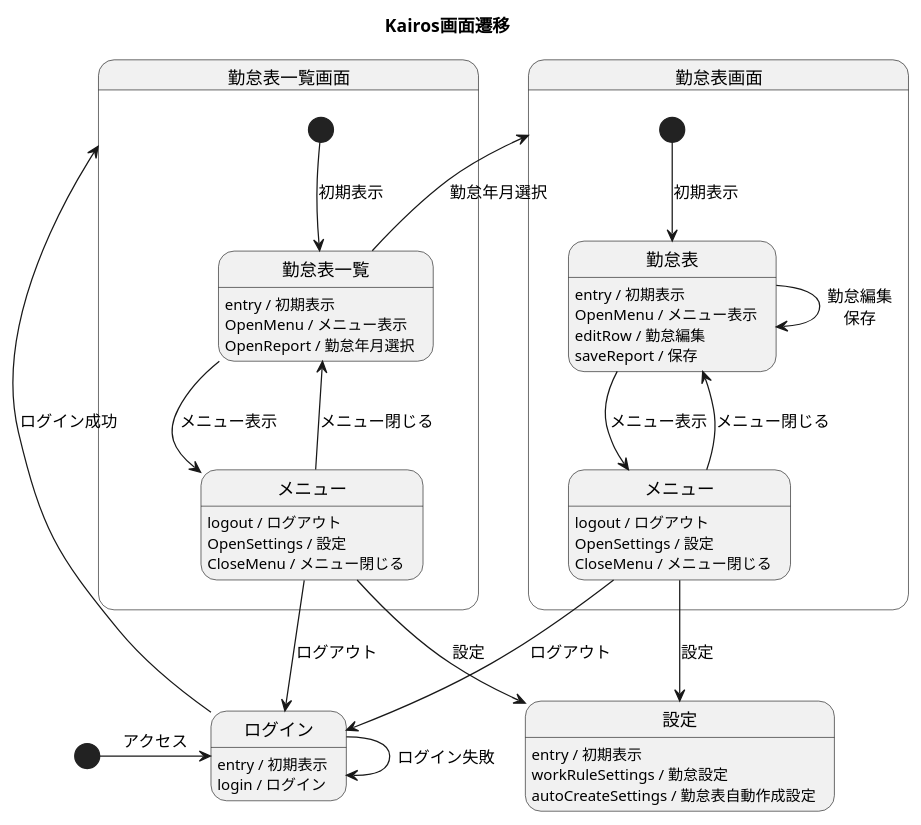
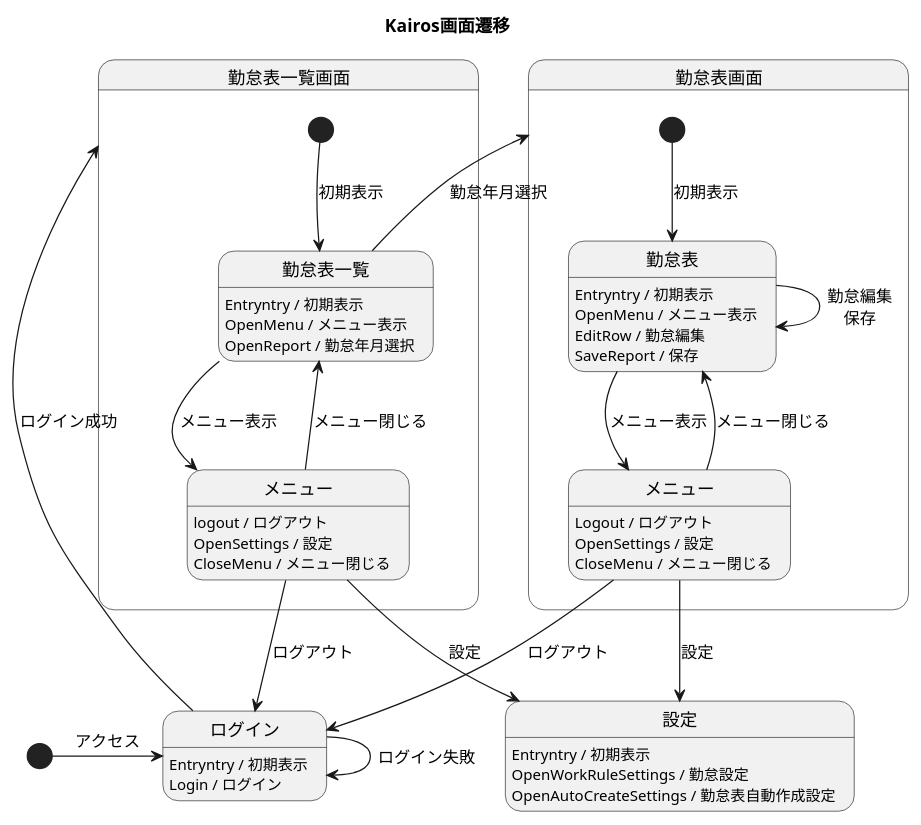
The diagram in docs/flow-diagrams/screen-flow-diagrams.puml (okanikani223/kairos), drawn with PlantUML before and after one commit.

Commit message:
docs: 各画面の操作名を修正。

```diff
--- a/docs/flow-diagrams/screen-flow-diagrams.puml
+++ b/docs/flow-diagrams/screen-flow-diagrams.puml
@@ -1,56 +1,56 @@
 @startuml Kairos画面遷移
 title Kairos画面遷移
 
 state "ログイン" as LoginView {
-    LoginView : entry / 初期表示
-    LoginView : login / ログイン
+    LoginView : Entryntry / 初期表示
+    LoginView : Login / ログイン
     LoginView -> LoginView : ログイン失敗
 }
 state "設定" as SettingsView {
-    SettingsView : entry / 初期表示
-    SettingsView : workRuleSettings / 勤怠設定
-    SettingsView : autoCreateSettings / 勤怠表自動作成設定
+    SettingsView : Entryntry / 初期表示
+    SettingsView : OpenWorkRuleSettings / 勤怠設定
+    SettingsView : OpenAutoCreateSettings / 勤怠表自動作成設定
 }
 state "勤怠表一覧画面" as ReportListView {
     state "勤怠表一覧" as ReportListView_Normal {
-        ReportListView_Normal : entry / 初期表示
+        ReportListView_Normal : Entryntry / 初期表示
         ReportListView_Normal : OpenMenu / メニュー表示
         ReportListView_Normal : OpenReport / 勤怠年月選択
     }
     state "メニュー" as ReportListView_Menu {
         ReportListView_Menu : logout / ログアウト
         ReportListView_Menu : OpenSettings / 設定
         ReportListView_Menu : CloseMenu / メニュー閉じる
     }
 
     [*] --> ReportListView_Normal : 初期表示
     ReportListView_Normal --> ReportListView_Menu : メニュー表示
     ReportListView_Menu --> ReportListView_Normal : メニュー閉じる
 }
 state "勤怠表画面" as ReportView {
     state "勤怠表" as ReportView_Normal {
-        ReportView_Normal : entry / 初期表示
+        ReportView_Normal : Entryntry / 初期表示
         ReportView_Normal : OpenMenu / メニュー表示
-        ReportView_Normal : editRow / 勤怠編集
-        ReportView_Normal : saveReport / 保存
+        ReportView_Normal : EditRow / 勤怠編集
+        ReportView_Normal : SaveReport / 保存
     }
     state "メニュー" as ReportView_Menu {
-        ReportView_Menu : logout / ログアウト
+        ReportView_Menu : Logout / ログアウト
         ReportView_Menu : OpenSettings / 設定
         ReportView_Menu : CloseMenu / メニュー閉じる
     }
 
     [*] --> ReportView_Normal : 初期表示
     ReportView_Normal --> ReportView_Menu : メニュー表示
     ReportView_Menu --> ReportView_Normal : メニュー閉じる
     ReportView_Normal --> ReportView_Normal : 勤怠編集\n保存
 }
 
 [*] -r-> LoginView : アクセス
 LoginView --> ReportListView : ログイン成功
 ReportListView_Normal --> ReportView : 勤怠年月選択
 ReportListView_Menu --> LoginView : ログアウト
 ReportListView_Menu --> SettingsView : 設定
 ReportView_Menu --> SettingsView : 設定
 ReportView_Menu --> LoginView : ログアウト
 @enduml
```
